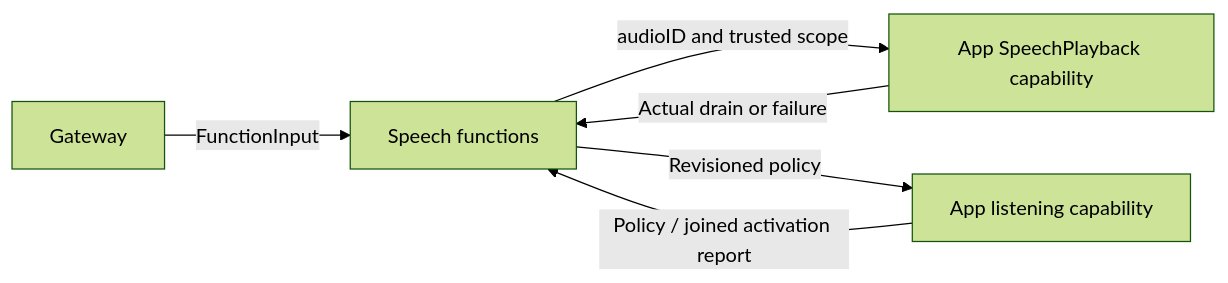
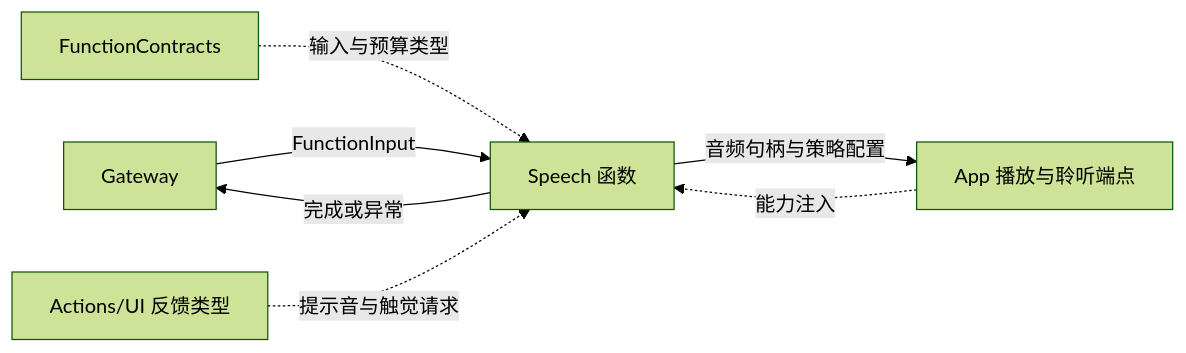
One commit to devilyouwei/MobileHarness changed the first of 2 diagrams in MobileHarness/Actions/Speech/README.md. Above: the diagram before and after it, drawn with Mermaid (forest theme). The commit also changed other lines of this file and 108 other files, not shown here.

````diff
--- a/MobileHarness/Actions/Speech/README.md
+++ b/MobileHarness/Actions/Speech/README.md
@@ -15,8 +9,9 @@
 ```mermaid
 flowchart LR
- Gateway -->|FunctionInput| Speech[Speech functions]
- Speech -->|audioID and trusted scope| Playback[App SpeechPlayback capability]
- Speech -->|Revisioned policy| Listening[App listening capability]
- Playback -->|Actual drain or failure| Speech
- Listening -->|Policy / joined activation report| Speech
+    Gateway -->|FunctionInput| S[Speech 函数]
+    S -->|完成或异常| Gateway
+    Host[App 播放与聆听端点] -.->|能力注入| S
+    S -->|音频句柄与策略配置| Host
+    Contracts[FunctionContracts] -.->|输入与预算类型| S
+    UIValues[Actions/UI 反馈类型] -.->|提示音与触觉请求| S
 ```
````
